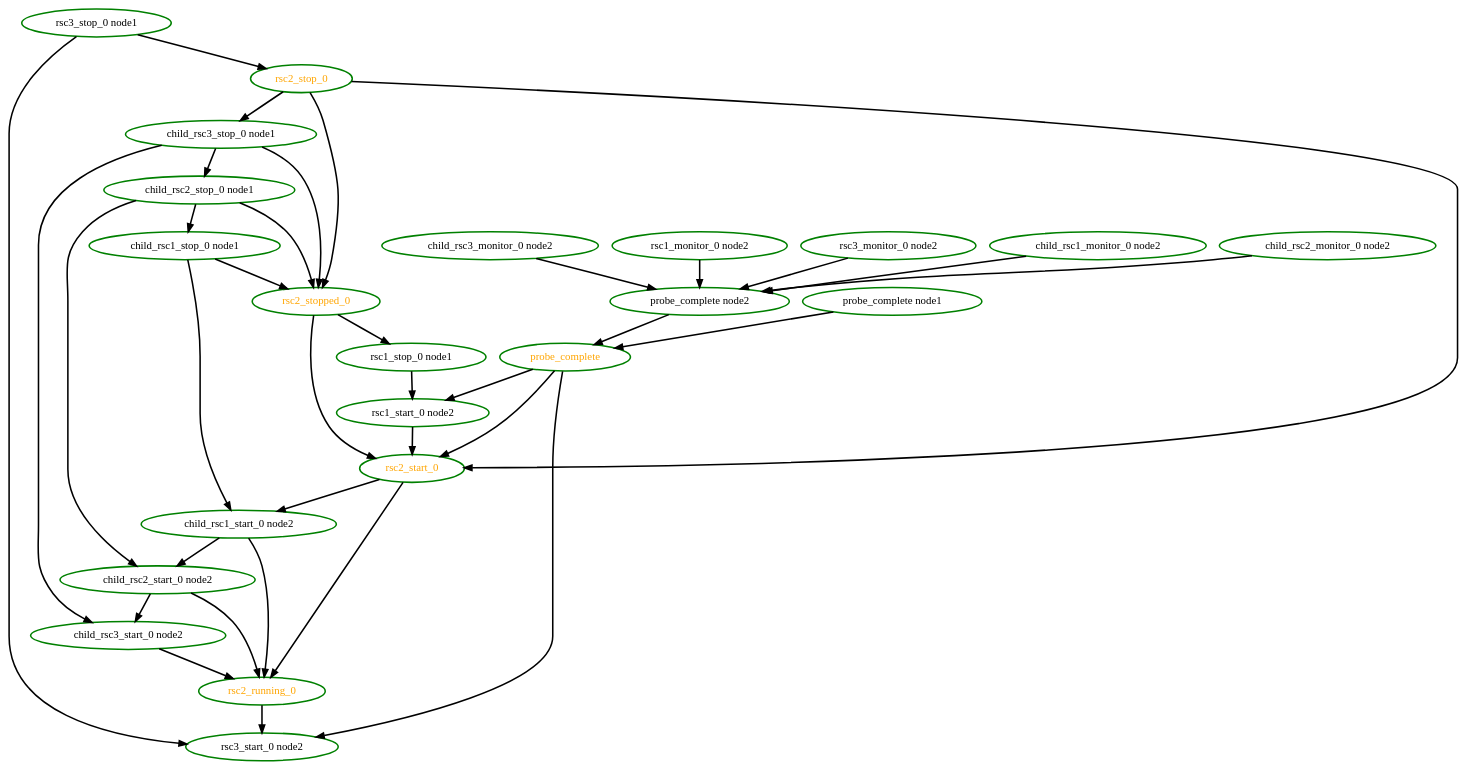
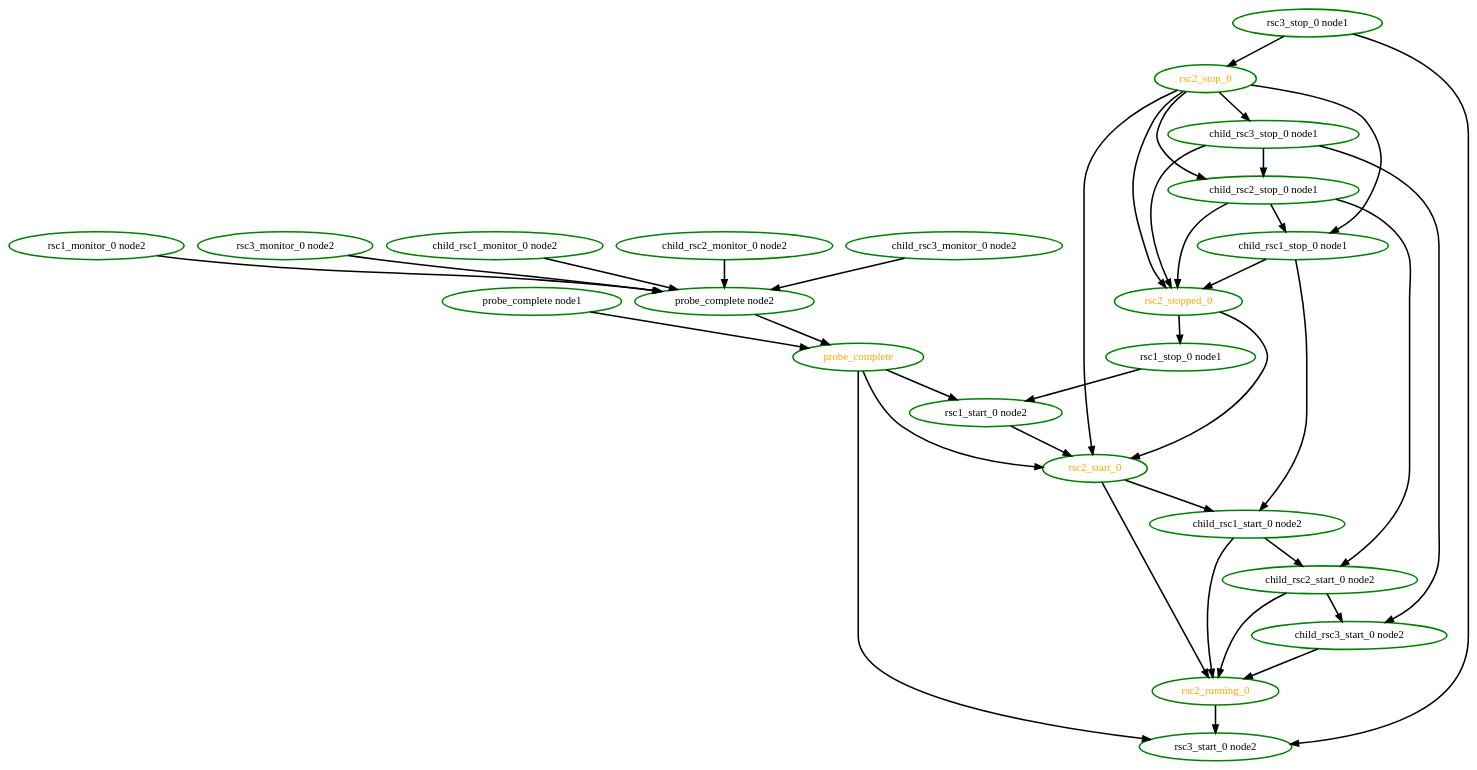
One commit to richiewen8/heartbeat changed the diagram in crm/pengine/testcases/group5.dot. Above: the diagram before and after it, drawn with Graphviz. The commit also changed 36 other files, not shown here.

Commit message:
PE: Stop of a partially stopped group failed when there was only two child resources The resulting transition was unrunnable and prevented progress from being made

```diff
--- a/crm/pengine/testcases/group5.dot
+++ b/crm/pengine/testcases/group5.dot
@@ -1,59 +1,61 @@
  digraph "g" {
 "child_rsc1_monitor_0 node2" -> "probe_complete node2" [ style = bold]
 "child_rsc1_monitor_0 node2" [ style=bold color="green" fontcolor="black" ]
 "child_rsc1_start_0 node2" -> "child_rsc2_start_0 node2" [ style = bold]
 "child_rsc1_start_0 node2" -> "rsc2_running_0" [ style = bold]
 "child_rsc1_start_0 node2" [ style=bold color="green" fontcolor="black" ]
 "child_rsc1_stop_0 node1" -> "child_rsc1_start_0 node2" [ style = bold]
 "child_rsc1_stop_0 node1" -> "rsc2_stopped_0" [ style = bold]
 "child_rsc1_stop_0 node1" [ style=bold color="green" fontcolor="black" ]
 "child_rsc2_monitor_0 node2" -> "probe_complete node2" [ style = bold]
 "child_rsc2_monitor_0 node2" [ style=bold color="green" fontcolor="black" ]
 "child_rsc2_start_0 node2" -> "child_rsc3_start_0 node2" [ style = bold]
 "child_rsc2_start_0 node2" -> "rsc2_running_0" [ style = bold]
 "child_rsc2_start_0 node2" [ style=bold color="green" fontcolor="black" ]
 "child_rsc2_stop_0 node1" -> "child_rsc1_stop_0 node1" [ style = bold]
 "child_rsc2_stop_0 node1" -> "child_rsc2_start_0 node2" [ style = bold]
 "child_rsc2_stop_0 node1" -> "rsc2_stopped_0" [ style = bold]
 "child_rsc2_stop_0 node1" [ style=bold color="green" fontcolor="black" ]
 "child_rsc3_monitor_0 node2" -> "probe_complete node2" [ style = bold]
 "child_rsc3_monitor_0 node2" [ style=bold color="green" fontcolor="black" ]
 "child_rsc3_start_0 node2" -> "rsc2_running_0" [ style = bold]
 "child_rsc3_start_0 node2" [ style=bold color="green" fontcolor="black" ]
 "child_rsc3_stop_0 node1" -> "child_rsc2_stop_0 node1" [ style = bold]
 "child_rsc3_stop_0 node1" -> "child_rsc3_start_0 node2" [ style = bold]
 "child_rsc3_stop_0 node1" -> "rsc2_stopped_0" [ style = bold]
 "child_rsc3_stop_0 node1" [ style=bold color="green" fontcolor="black" ]
 "probe_complete node1" -> "probe_complete" [ style = bold]
 "probe_complete node1" [ style=bold color="green" fontcolor="black" ]
 "probe_complete node2" -> "probe_complete" [ style = bold]
 "probe_complete node2" [ style=bold color="green" fontcolor="black" ]
 "probe_complete" -> "rsc1_start_0 node2" [ style = bold]
 "probe_complete" -> "rsc2_start_0" [ style = bold]
 "probe_complete" -> "rsc3_start_0 node2" [ style = bold]
 "probe_complete" [ style=bold color="green" fontcolor="orange" ]
 "rsc1_monitor_0 node2" -> "probe_complete node2" [ style = bold]
 "rsc1_monitor_0 node2" [ style=bold color="green" fontcolor="black" ]
 "rsc1_start_0 node2" -> "rsc2_start_0" [ style = bold]
 "rsc1_start_0 node2" [ style=bold color="green" fontcolor="black" ]
 "rsc1_stop_0 node1" -> "rsc1_start_0 node2" [ style = bold]
 "rsc1_stop_0 node1" [ style=bold color="green" fontcolor="black" ]
 "rsc2_running_0" -> "rsc3_start_0 node2" [ style = bold]
 "rsc2_running_0" [ style=bold color="green" fontcolor="orange" ]
 "rsc2_start_0" -> "child_rsc1_start_0 node2" [ style = bold]
 "rsc2_start_0" -> "rsc2_running_0" [ style = bold]
 "rsc2_start_0" [ style=bold color="green" fontcolor="orange" ]
+"rsc2_stop_0" -> "child_rsc1_stop_0 node1" [ style = bold]
+"rsc2_stop_0" -> "child_rsc2_stop_0 node1" [ style = bold]
 "rsc2_stop_0" -> "child_rsc3_stop_0 node1" [ style = bold]
 "rsc2_stop_0" -> "rsc2_start_0" [ style = bold]
 "rsc2_stop_0" -> "rsc2_stopped_0" [ style = bold]
 "rsc2_stop_0" [ style=bold color="green" fontcolor="orange" ]
 "rsc2_stopped_0" -> "rsc1_stop_0 node1" [ style = bold]
 "rsc2_stopped_0" -> "rsc2_start_0" [ style = bold]
 "rsc2_stopped_0" [ style=bold color="green" fontcolor="orange" ]
 "rsc3_monitor_0 node2" -> "probe_complete node2" [ style = bold]
 "rsc3_monitor_0 node2" [ style=bold color="green" fontcolor="black" ]
 "rsc3_start_0 node2" [ style=bold color="green" fontcolor="black" ]
 "rsc3_stop_0 node1" -> "rsc2_stop_0" [ style = bold]
 "rsc3_stop_0 node1" -> "rsc3_start_0 node2" [ style = bold]
 "rsc3_stop_0 node1" [ style=bold color="green" fontcolor="black" ]
 }
```
